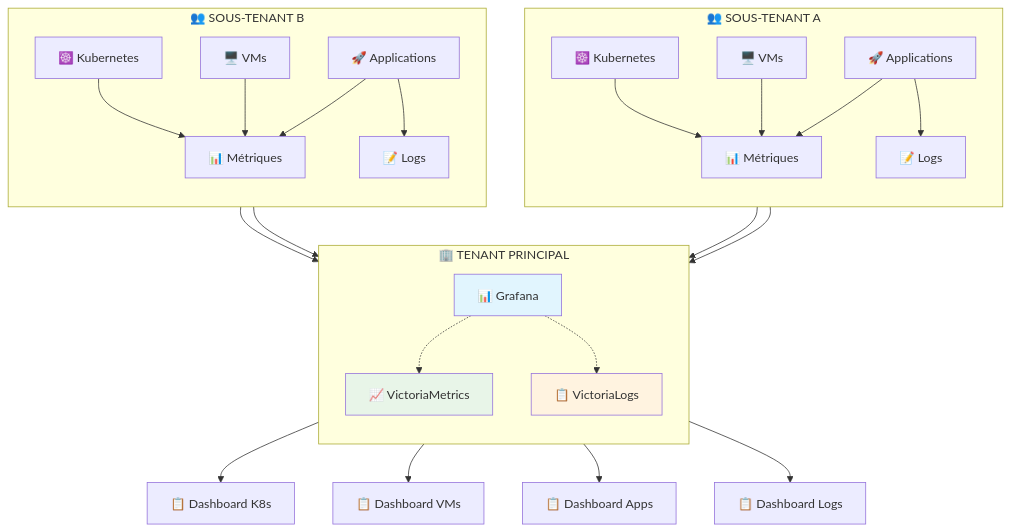
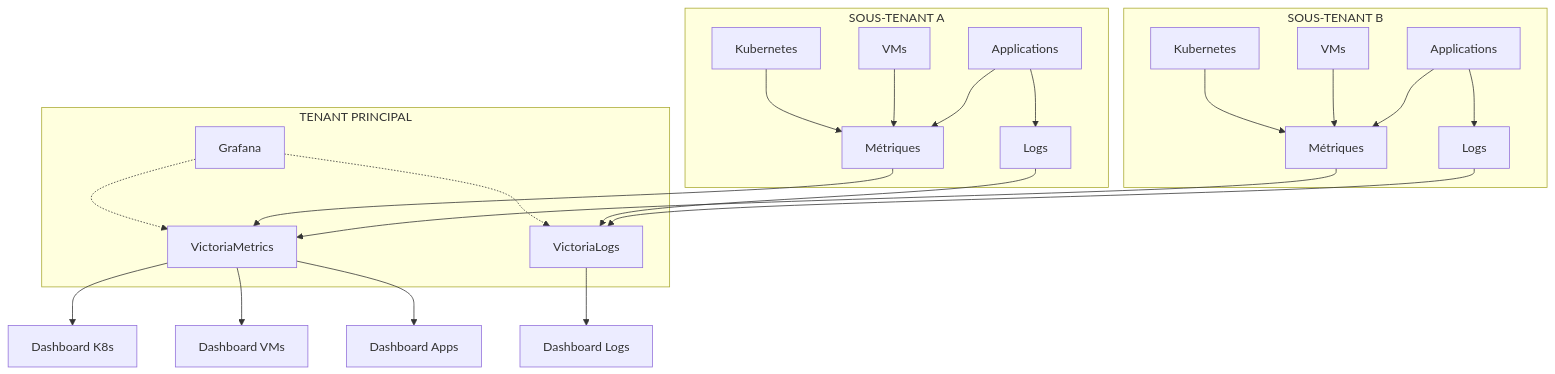
One commit to HidoraSwiss/hikube-public-doc changed the second of 2 diagrams in versioned_docs/version-2.0/getting-started/concepts.md. Above: the diagram before and after it, drawn with Mermaid. The commit also changed 13 other files, not shown here.

First line of the commit message:
feat: integrate Mermaid theme and enhance documentation for virtual machines

````diff
--- a/versioned_docs/version-2.0/getting-started/concepts.md
+++ b/versioned_docs/version-2.0/getting-started/concepts.md
@@ -199,52 +199,43 @@
 ```mermaid
 graph TB
-    subgraph "🏢 TENANT PRINCIPAL"
-        direction TB
-        G[📊 Grafana]
-        VM[📈 VictoriaMetrics]
-        VL[📋 VictoriaLogs]
+    subgraph "TENANT PRINCIPAL"
+        G[Grafana]
+        VM[VictoriaMetrics]
+        VL[VictoriaLogs]
         
         G -.-> VM
         G -.-> VL
     end
     
-    subgraph "👥 SOUS-TENANT A"
-        direction TB
-        K8S_A[☸️ Kubernetes]
-        VM_A[🖥️ VMs]
-        APP_A[🚀 Applications]
+    subgraph "SOUS-TENANT A"
+        K8S_A[Kubernetes]
+        VM_A[VMs]
+        APP_A[Applications]
         
-        K8S_A --> M_A[📊 Métriques]
+        K8S_A --> M_A[Métriques]
         VM_A --> M_A
         APP_A --> M_A
-        APP_A --> L_A[📝 Logs]
+        APP_A --> L_A[Logs]
     end
     
-    subgraph "👥 SOUS-TENANT B"
-        direction TB
-        K8S_B[☸️ Kubernetes]
-        VM_B[🖥️ VMs]
-        APP_B[🚀 Applications]
+    subgraph "SOUS-TENANT B"
+        K8S_B[Kubernetes]
+        VM_B[VMs]
+        APP_B[Applications]
         
-        K8S_B --> M_B[📊 Métriques]
+        K8S_B --> M_B[Métriques]
         VM_B --> M_B
         APP_B --> M_B
-        APP_B --> L_B[📝 Logs]
+        APP_B --> L_B[Logs]
     end
     
-    %% Remontée des données
     M_A --> VM
     L_A --> VL
     M_B --> VM
     L_B --> VL
     
-    %% Dashboards par ressource
-    VM --> D1[📋 Dashboard K8s]
-    VM --> D2[📋 Dashboard VMs]
-    VM --> D3[📋 Dashboard Apps]
-    VL --> D4[📋 Dashboard Logs]
-    
-    style G fill:#e1f5fe
-    style VM fill:#e8f5e8
-    style VL fill:#fff3e0
+    VM --> D1[Dashboard K8s]
+    VM --> D2[Dashboard VMs]
+    VM --> D3[Dashboard Apps]
+    VL --> D4[Dashboard Logs]
 ```
````
